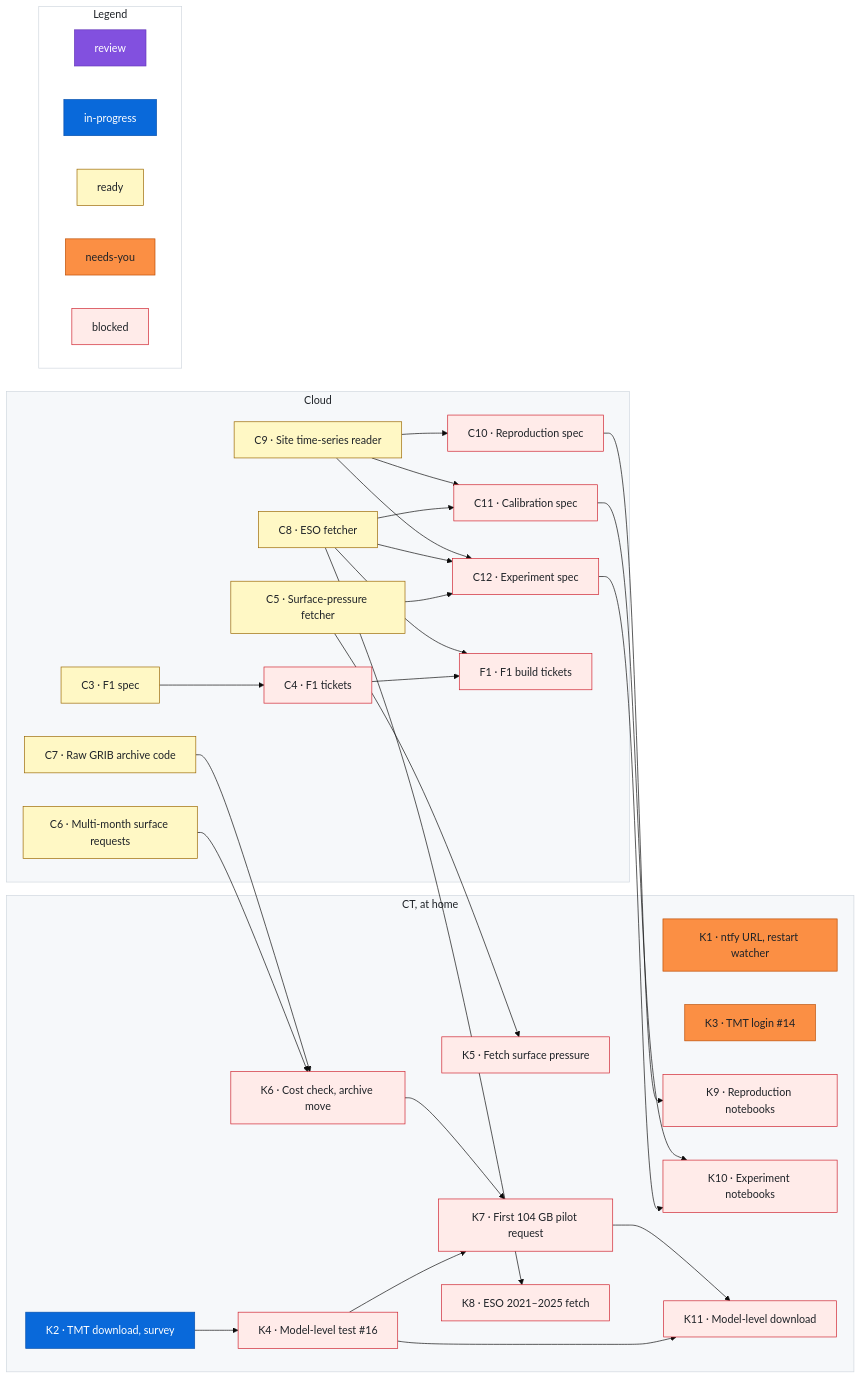
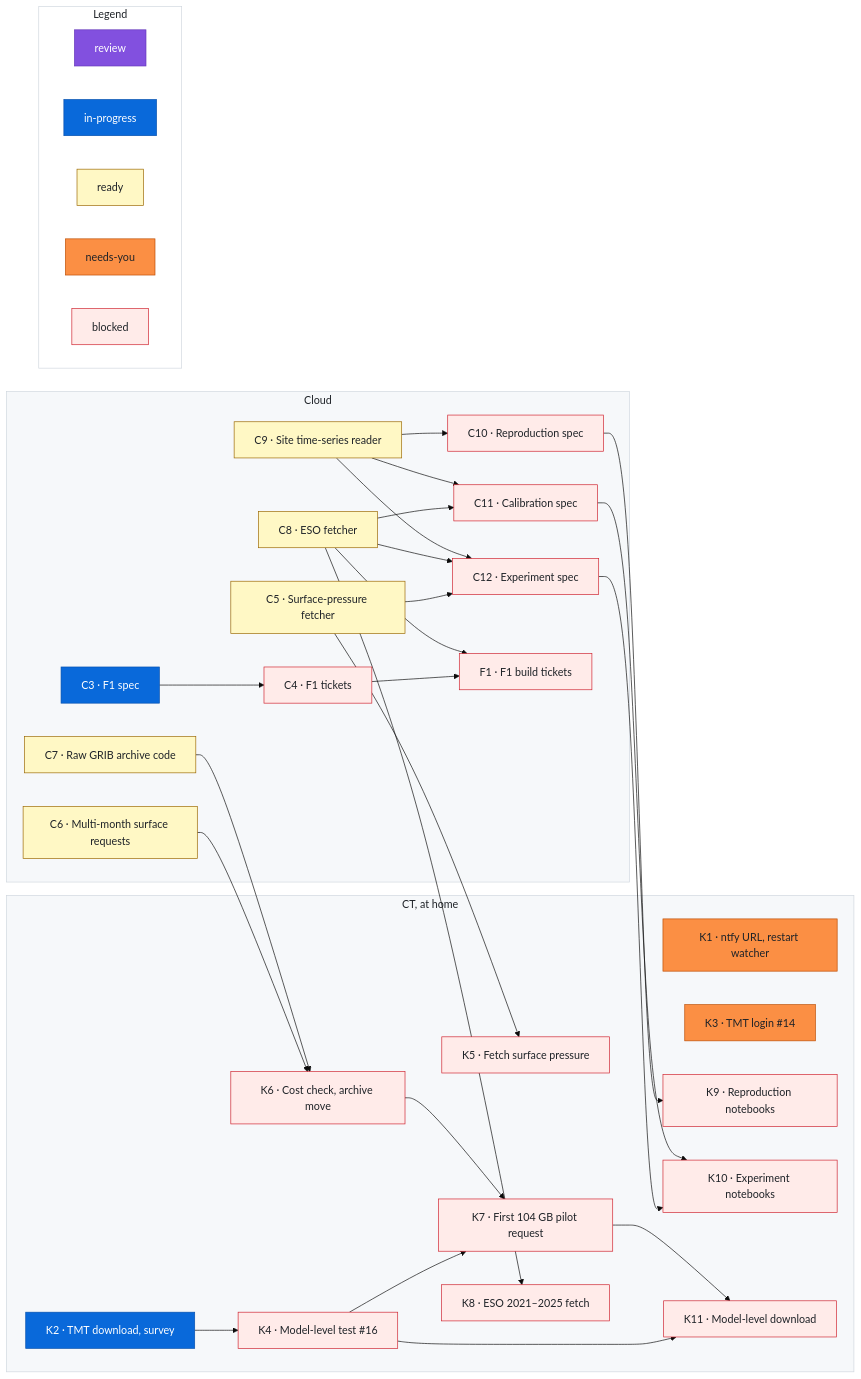
The diagram in docs/roadmap.md (rrweller/Astro-seeing), drawn with Mermaid (base theme) before and after one commit. The commit also changed other lines of this file, not shown here.

Commit message:
roadmap: C3 ready → in-progress
Claude-Session: https://claude.ai/code/session_01ECS9rZACQZdAEdTqaRJbEG

```diff
--- a/docs/roadmap.md
+++ b/docs/roadmap.md
@@ -129,7 +129,7 @@
   classDef needsyou fill:#fb8f44,stroke:#bc4c00,color:#1f2328
   classDef blocked fill:#ffebe9,stroke:#cf222e,color:#1f2328
   %% Status lines: one per item, each followed by a `%% ---` spacer. Sessions change only the last word.
-  class C3 ready
+  class C3 inprogress
   %% ---
   class C4 blocked
   %% ---
```
